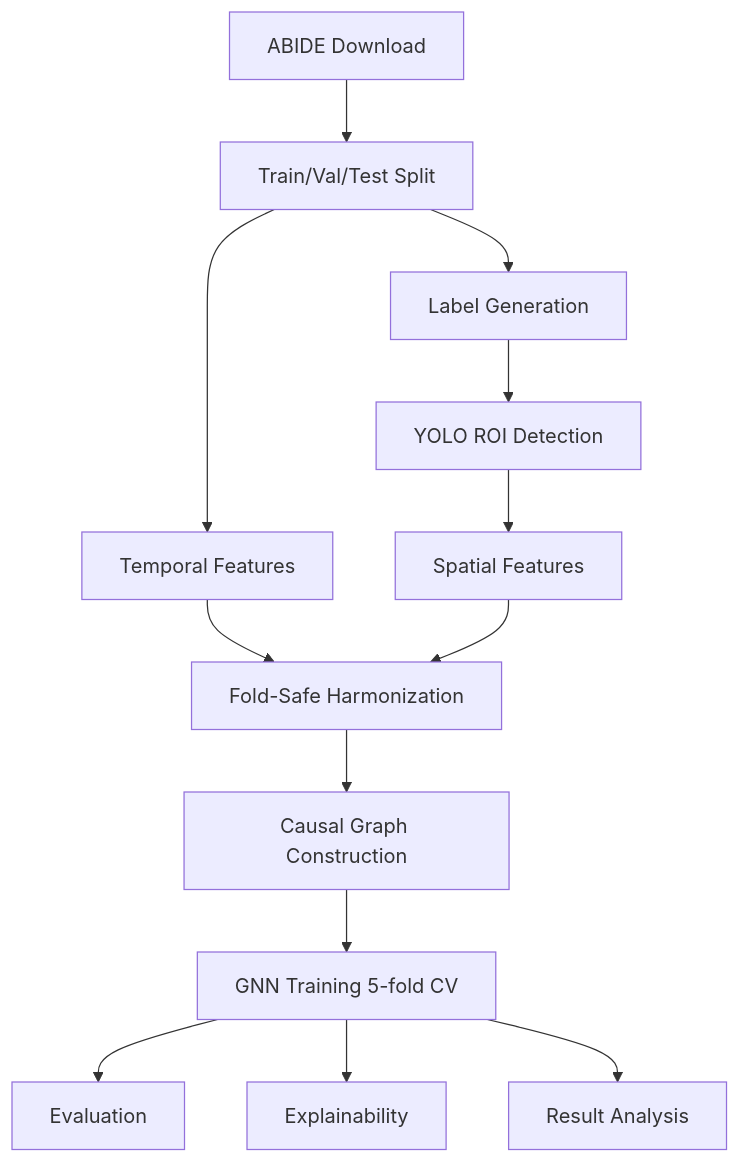
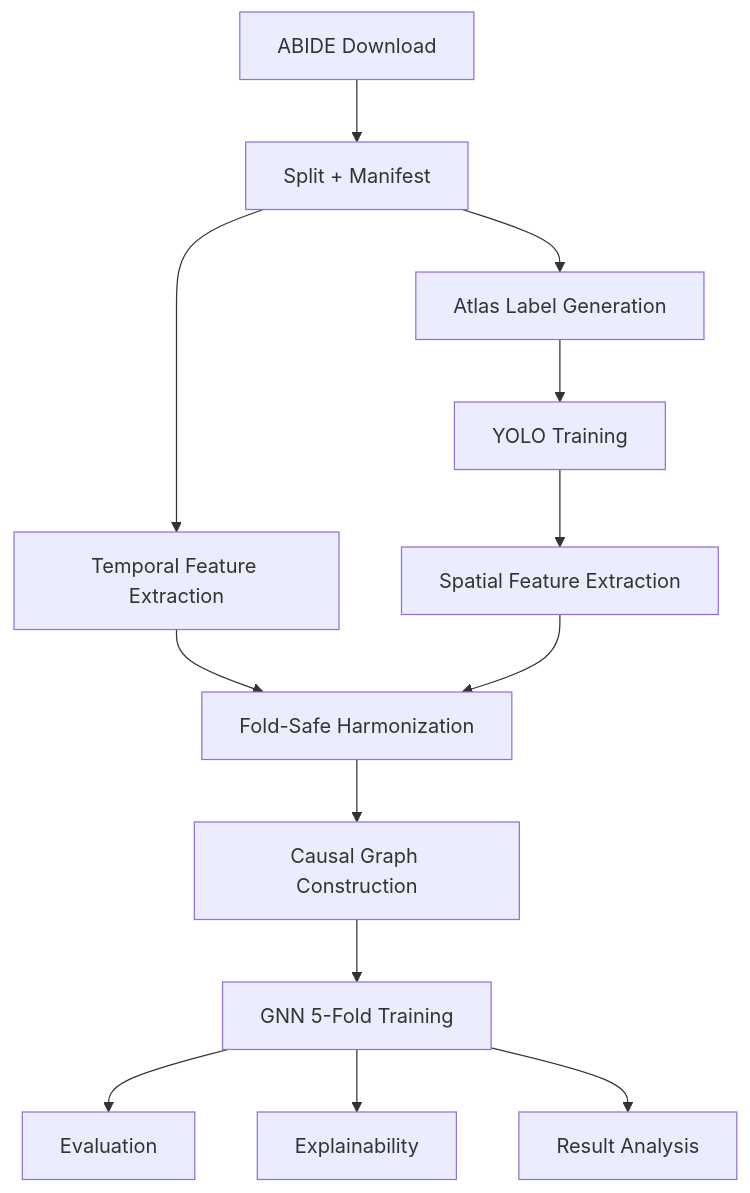
Before and after one commit to Nidszxh/Neuro-CXG: the diagram in docs/architecture.md, drawn with Mermaid. The commit also changed other lines of this file and 20 other files, not shown here.

````diff
--- a/docs/architecture.md
+++ b/docs/architecture.md
@@ -6,15 +9,15 @@
 ```mermaid
 flowchart TD
-    A[ABIDE Download] --> B[Train/Val/Test Split]
-    B --> C[Label Generation]
-    C --> D[YOLO ROI Detection]
-    B --> E[Temporal Features]
-    D --> F[Spatial Features]
+    A[ABIDE Download] --> B[Split + Manifest]
+    B --> C[Atlas Label Generation]
+    C --> D[YOLO Training]
+    B --> E[Temporal Feature Extraction]
+    D --> F[Spatial Feature Extraction]
     E --> G[Fold-Safe Harmonization]
     F --> G
     G --> H[Causal Graph Construction]
-    H --> I[GNN Training 5-fold CV]
+    H --> I[GNN 5-Fold Training]
     I --> J[Evaluation]
     I --> K[Explainability]
     I --> L[Result Analysis]
 ```
````
